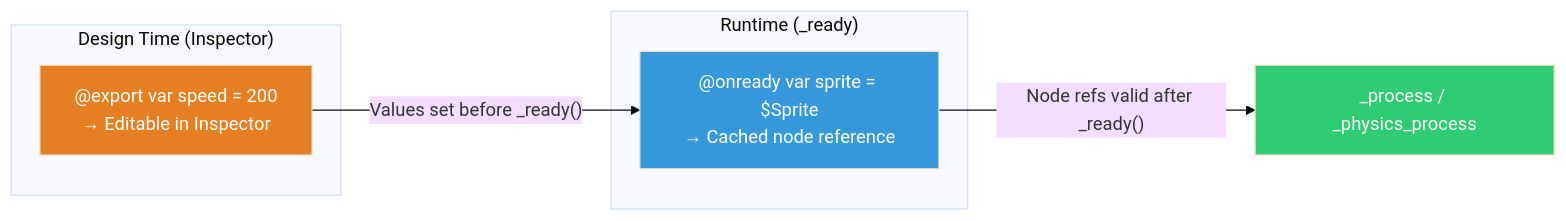
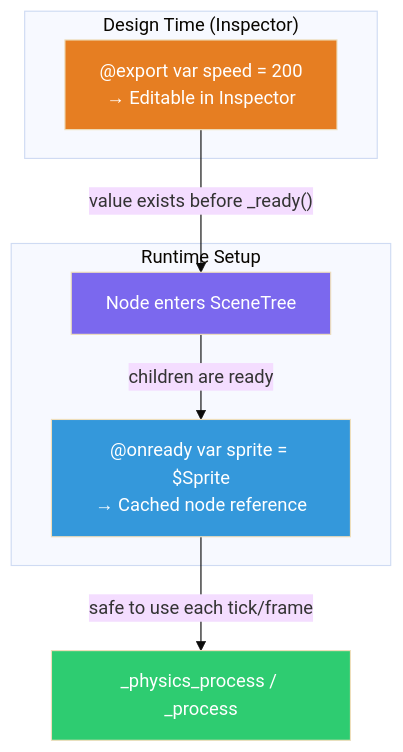
One commit to Jorge-D-Robles/gemini-fantasy changed the second of 2 diagrams in tutorial/02_gdscript_for_programmers.md. Above: the diagram before and after it, drawn with Mermaid (base theme). The commit also changed other lines of this file and 24 other files, not shown here.

Commit message:
Refine tutorial Mermaid diagrams

````diff
--- a/tutorial/02_gdscript_for_programmers.md
+++ b/tutorial/02_gdscript_for_programmers.md
@@ -263,16 +267,19 @@
 ```mermaid
-graph LR
+graph TD
     subgraph "Design Time (Inspector)"
         Export["@export var speed = 200\n→ Editable in Inspector"]
     end
-    subgraph "Runtime (_ready)"
+    subgraph "Runtime Setup"
+        Enter["Node enters SceneTree"]
         Onready["@onready var sprite = $Sprite\n→ Cached node reference"]
     end
 
-    Export --> |"Values set before _ready()"| Onready
-    Onready --> |"Node refs valid after _ready()"| GameLoop["_process / _physics_process"]
+    Export --> |"value exists before _ready()"| Enter
+    Enter --> |"children are ready"| Onready
+    Onready --> |"safe to use each tick/frame"| GameLoop["_physics_process / _process"]
 
     style Export fill:#e67e22,color:#fff
     style Onready fill:#3498db,color:#fff
+    style Enter fill:#7b68ee,color:#fff
     style GameLoop fill:#2ecc71,color:#fff
 ```
````
